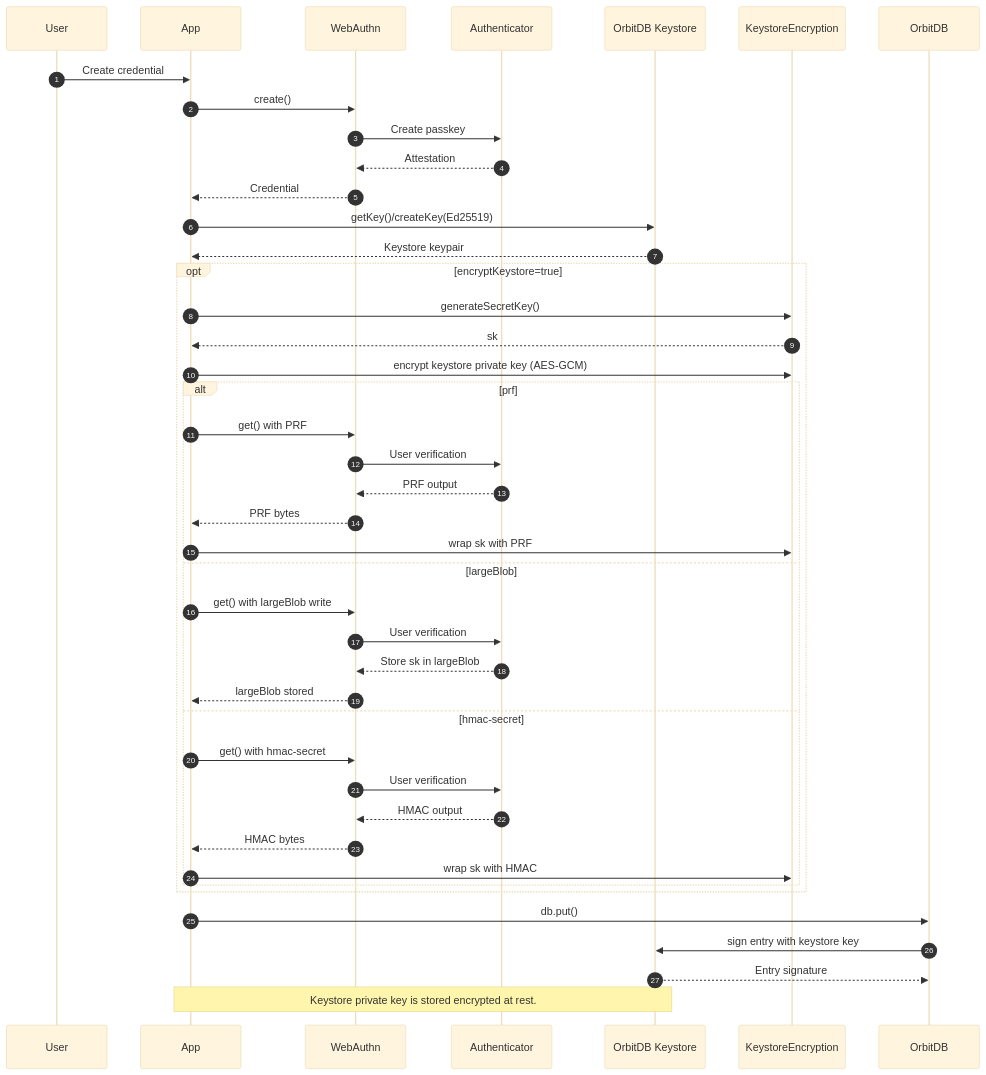
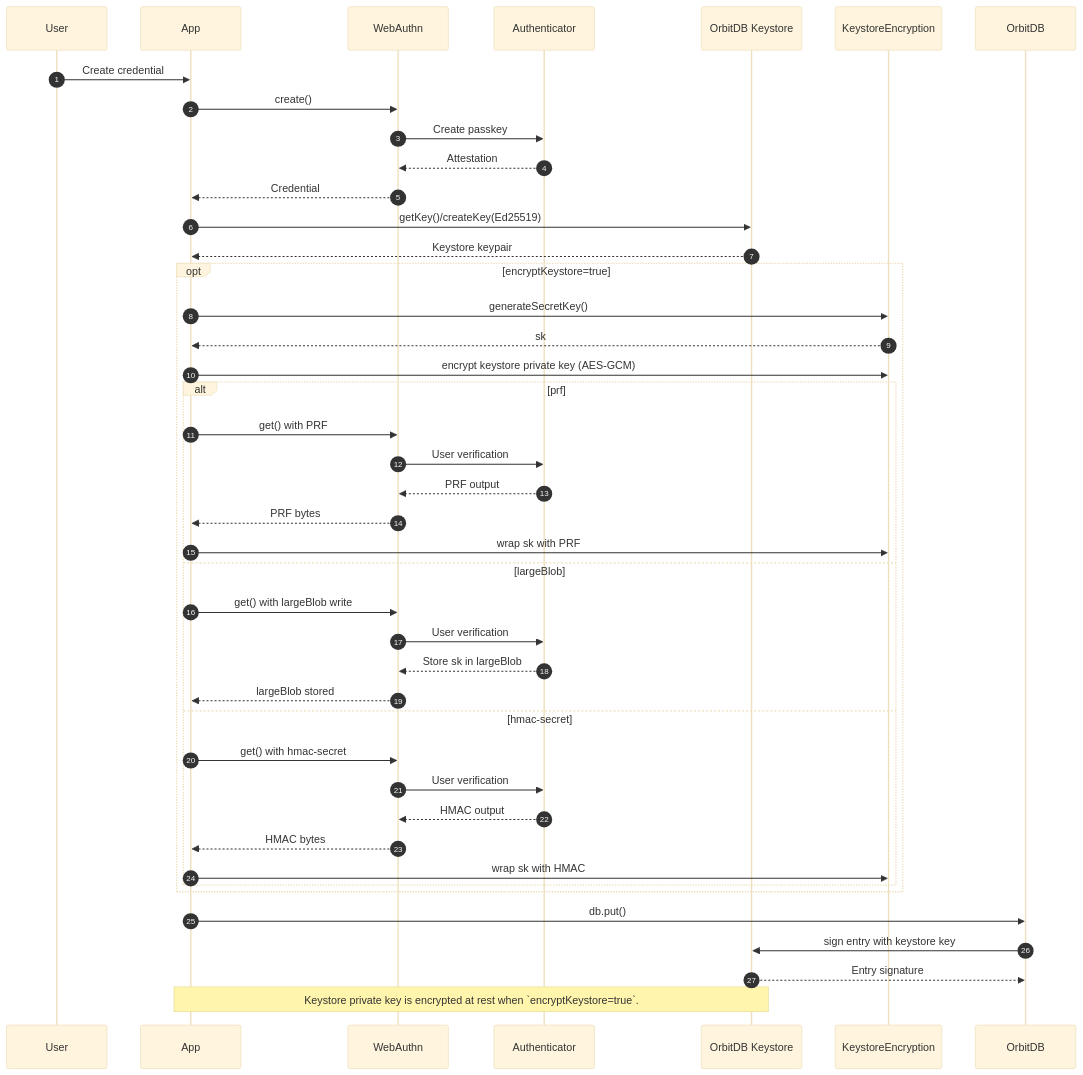
One commit to Le-Space/orbitdb-identity-provider-webauthn-did changed the first of 2 diagrams in README.md. Above: the diagram before and after it, drawn with Mermaid (base theme). The commit also changed other lines of this file and 69 other files, not shown here.

````diff
--- a/README.md
+++ b/README.md
@@ -108,50 +117,50 @@
 ```mermaid
 sequenceDiagram
   autonumber
   participant User
   participant App
   participant WebAuthn
   participant Auth as Authenticator
   participant KS as OrbitDB Keystore
   participant Enc as KeystoreEncryption
   participant DB as OrbitDB
 
   User->>App: Create credential
   App->>WebAuthn: create()
   WebAuthn->>Auth: Create passkey
   Auth-->>WebAuthn: Attestation
   WebAuthn-->>App: Credential
 
   App->>KS: getKey()/createKey(Ed25519)
   KS-->>App: Keystore keypair
 
   opt encryptKeystore=true
     App->>Enc: generateSecretKey()
     Enc-->>App: sk
     App->>Enc: encrypt keystore private key (AES-GCM)
     alt prf
       App->>WebAuthn: get() with PRF
       WebAuthn->>Auth: User verification
       Auth-->>WebAuthn: PRF output
       WebAuthn-->>App: PRF bytes
       App->>Enc: wrap sk with PRF
     else largeBlob
       App->>WebAuthn: get() with largeBlob write
       WebAuthn->>Auth: User verification
       Auth-->>WebAuthn: Store sk in largeBlob
       WebAuthn-->>App: largeBlob stored
     else hmac-secret
       App->>WebAuthn: get() with hmac-secret
       WebAuthn->>Auth: User verification
       Auth-->>WebAuthn: HMAC output
       WebAuthn-->>App: HMAC bytes
       App->>Enc: wrap sk with HMAC
     end
   end
 
   App->>DB: db.put()
   DB->>KS: sign entry with keystore key
   KS-->>DB: Entry signature
 
-  Note over App,KS: Keystore private key is stored encrypted at rest.
+  Note over App,KS: Keystore private key is encrypted at rest when `encryptKeystore=true`.
 ```
````
